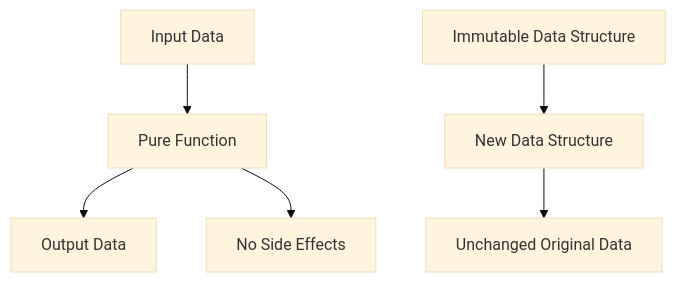
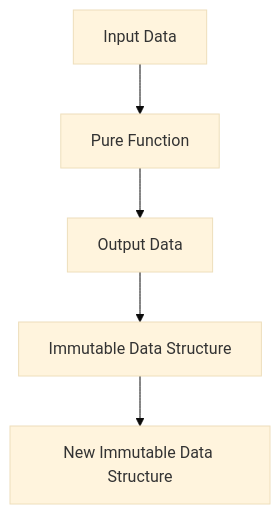
One commit to MasteryEducation/ClojureForJava.com changed the diagram in content/3/4/1/index.md. Above: the diagram before and after it, drawn with Mermaid (base theme). The commit also changed other lines of this file and 74 other files, not shown here.

````diff
--- a/content/3/4/1/index.md
+++ b/content/3/4/1/index.md
@@ -157,8 +154,7 @@
 ```mermaid
 flowchart TD
     A[Input Data] --> B[Pure Function]
     B --> C[Output Data]
-    B --> D[No Side Effects]
-    E[Immutable Data Structure] --> F[New Data Structure]
-    F --> G[Unchanged Original Data]
+    C --> D[Immutable Data Structure]
+    D --> E[New Immutable Data Structure]
 ```
````
